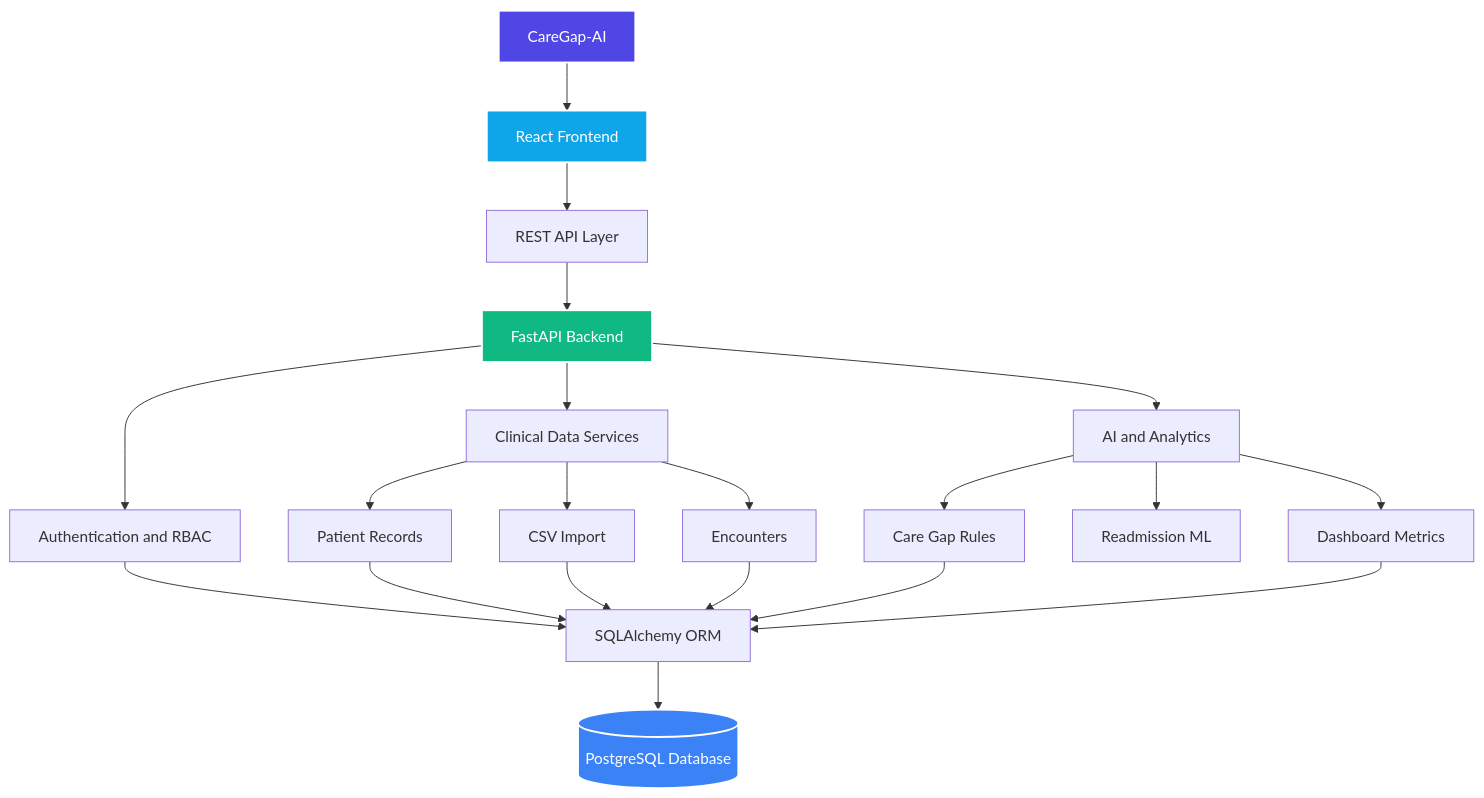
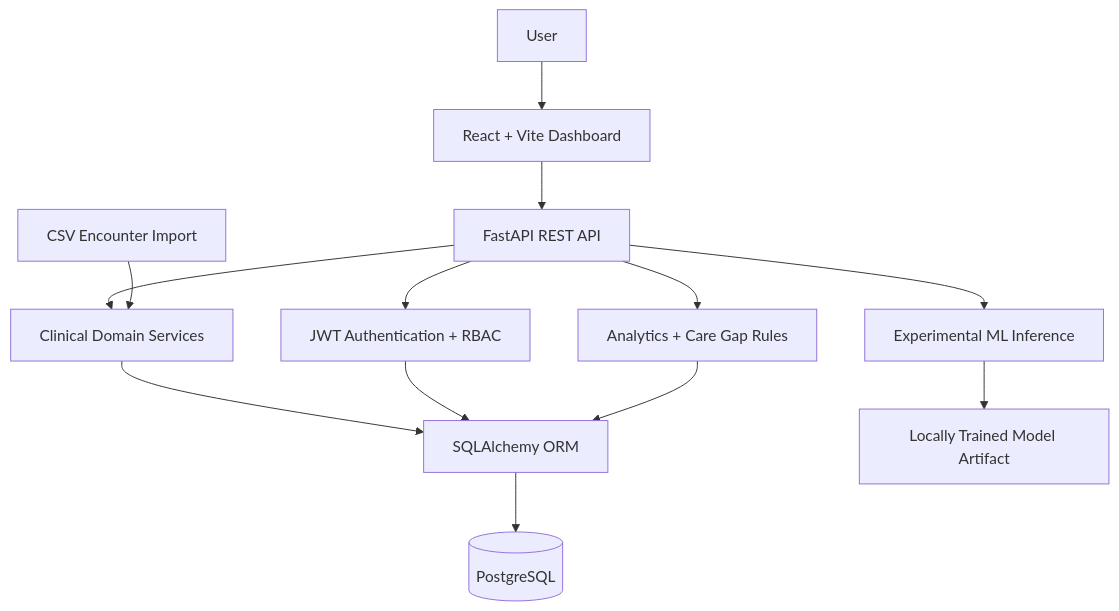
One commit to EmanZahid1644/CareGap-AI changed the diagram in README.md. Above: the diagram before and after it, drawn with Mermaid. The commit also changed other lines of this file, not shown here.

````diff
--- a/README.md
+++ b/README.md
@@ -79,29 +93,15 @@
 ```mermaid
 flowchart TD
-    A[CareGap-AI] --> B[React Frontend]
-    B --> C[REST API Layer]
-    C --> D[FastAPI Backend]
-    D --> E1[Authentication and RBAC]
-    D --> E2[Clinical Data Services]
-    D --> E3[AI and Analytics]
-
-    E2 --> F1[Patient Records]
-    E2 --> F2[CSV Import]
-    E2 --> F3[Encounters]
-    E3 --> F4[Care Gap Rules]
-    E3 --> F5[Readmission ML]
-    E3 --> F6[Dashboard Metrics]
-
-    E1 --> G[SQLAlchemy ORM]
-    F1 --> G
-    F2 --> G
-    F3 --> G
-    F4 --> G
-    F6 --> G
-    G --> H[(PostgreSQL Database)]
-
-    style A fill:#4f46e5,stroke:#fff,stroke-width:2px,color:#fff
-    style B fill:#0ea5e9,stroke:#fff,stroke-width:2px,color:#fff
-    style D fill:#10b981,stroke:#fff,stroke-width:2px,color:#fff
-    style H fill:#3b82f6,stroke:#fff,stroke-width:2px,color:#fff
+    U[User] --> UI[React + Vite Dashboard]
+    UI --> API[FastAPI REST API]
+    API --> AUTH[JWT Authentication + RBAC]
+    API --> SVC[Clinical Domain Services]
+    API --> ANALYTICS[Analytics + Care Gap Rules]
+    API --> ML[Experimental ML Inference]
+    SVC --> ORM[SQLAlchemy ORM]
+    AUTH --> ORM
+    ANALYTICS --> ORM
+    ORM --> DB[(PostgreSQL)]
+    ML --> ARTIFACT[Locally Trained Model Artifact]
+    IMPORT[CSV Encounter Import] --> SVC
 ```
````
